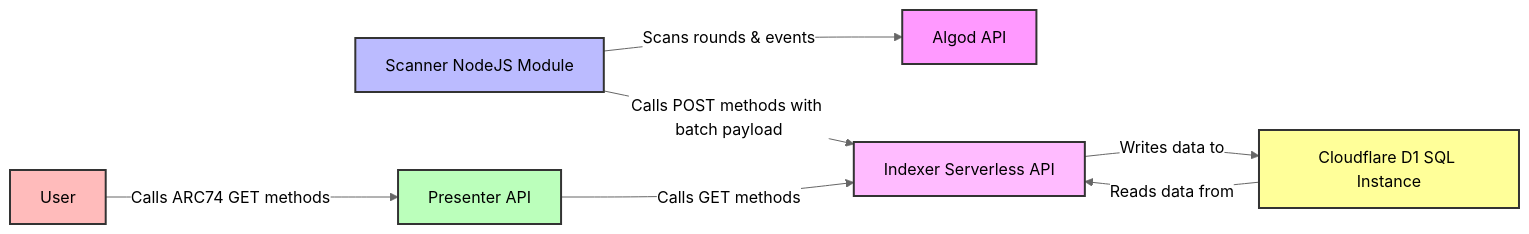
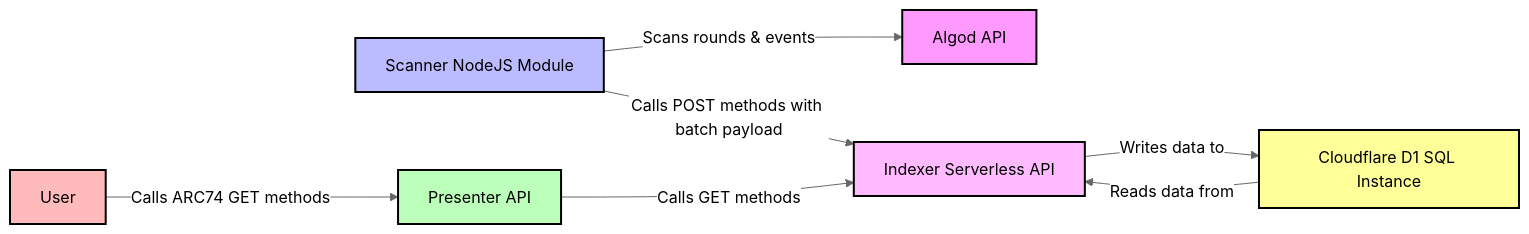
The second of 2 diagrams in README.md (flippingalgos/voi-nft-indexer-api), drawn with Mermaid (neutral theme) before and after one commit.

````diff
--- a/README.md
+++ b/README.md
@@ -64,23 +64,23 @@
 ```mermaid
 flowchart LR
     AlgodAPI[Algod API]
     Scanner[Scanner NodeJS Module]
     Indexer[Indexer Serverless API]
     Presenter[Presenter API]
     User[User]
     CloudflareD1[Cloudflare D1 SQL Instance]
 
     Scanner -->|Scans rounds & events| AlgodAPI
     Scanner -->|Calls POST methods with batch payload| Indexer
     Indexer -->|Writes data to| CloudflareD1
     CloudflareD1 -->|Reads data from| Indexer
     Presenter -->|Calls GET methods| Indexer
     User -->|Calls ARC74 GET methods| Presenter
 
-    style AlgodAPI fill:#f9f,stroke:#333,stroke-width:2px
-    style Scanner fill:#bbf,stroke:#333,stroke-width:2px
-    style Indexer fill:#fbf,stroke:#333,stroke-width:2px
-    style Presenter fill:#bfb,stroke:#333,stroke-width:2px
-    style User fill:#fbb,stroke:#333,stroke-width:2px
-    style CloudflareD1 fill:#ff9,stroke:#333,stroke-width:2px
+    style AlgodAPI fill:#f9f,stroke:#000,stroke-width:2px
+    style Scanner fill:#bbf,stroke:#000,stroke-width:2px
+    style Indexer fill:#fbf,stroke:#000,stroke-width:2px
+    style Presenter fill:#bfb,stroke:#000,stroke-width:2px
+    style User fill:#fbb,stroke:#000,stroke-width:2px
+    style CloudflareD1 fill:#ff9,stroke:#000,stroke-width:2px
   ```
````
